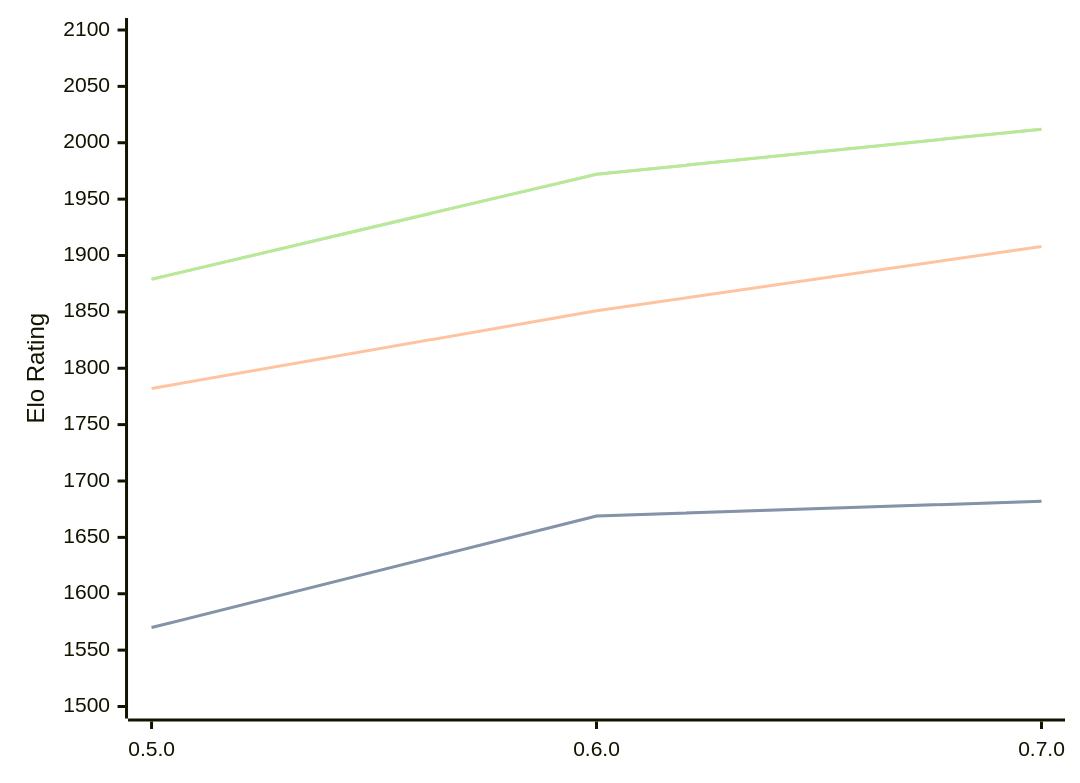
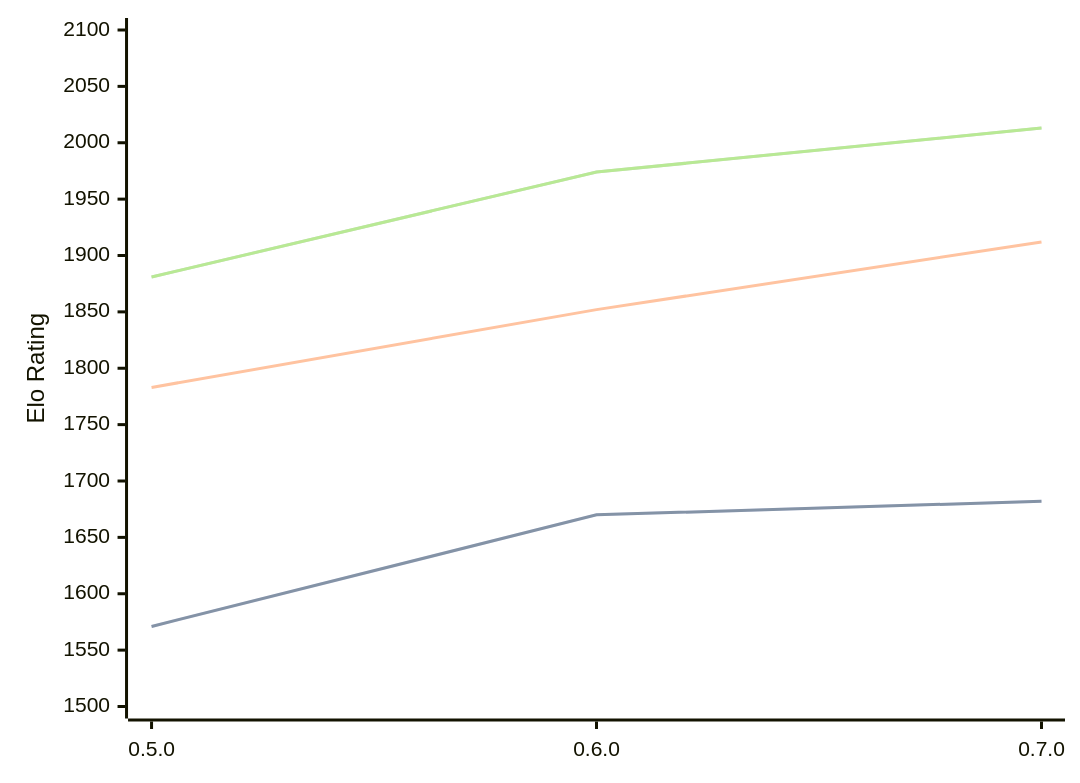
One commit to computer-chess-index/cci changed the diagram in engines/Chess-rs.md. Above: the diagram before and after it, drawn with Mermaid. The commit also changed other lines of this file, not shown here.

Commit message:
Update CCI Ratings (ELO VLTC) - 2026-08-09

````diff
--- a/engines/Chess-rs.md
+++ b/engines/Chess-rs.md
@@ -33,11 +33,11 @@
 ```mermaid
 %%{init: {"theme":"base","themeVariables":{"seriesColors:['#a3a3a3','#222221','#faa371']}}}%%
 xychart-beta
   x-axis ["0.5.0", "0.6.0", "0.7.0"]
   y-axis "Elo Rating" 1500 --> 2100
-  line "STC (8.0+0.08s)" [1570, 1669, 1682]
-  line "STC (8.0+0.08s)" [1570, 1669, 1682]
-  line "LTC (60.0+0.60s)" [1782, 1851, 1908]
-  line "VLTC (2m24s+1.12s)" [1879, 1972, 2012]
-  line "VLTC (2m24s+1.12s)" [1879, 1972, 2012]
+  line "STC (8.0+0.08s)" [1571, 1670, 1682]
+  line "STC (8.0+0.08s)" [1571, 1670, 1682]
+  line "LTC (60.0+0.60s)" [1783, 1852, 1912]
+  line "VLTC (2m24s+1.12s)" [1881, 1974, 2013]
+  line "VLTC (2m24s+1.12s)" [1881, 1974, 2013]
 ```
````
